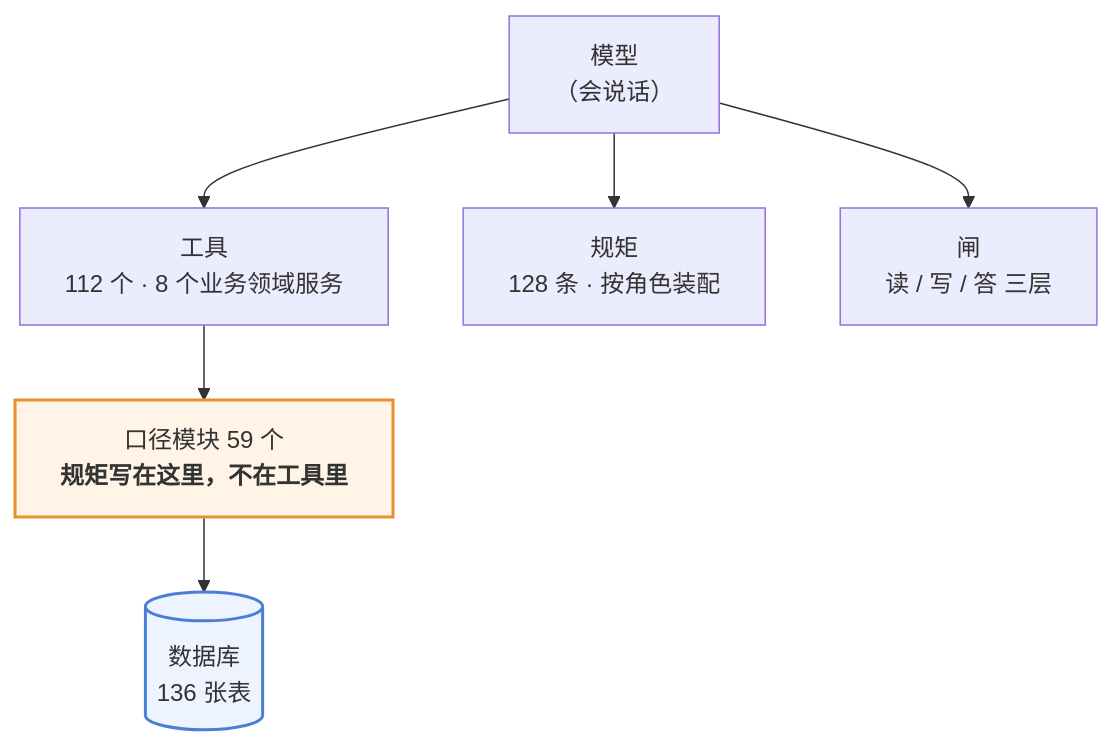
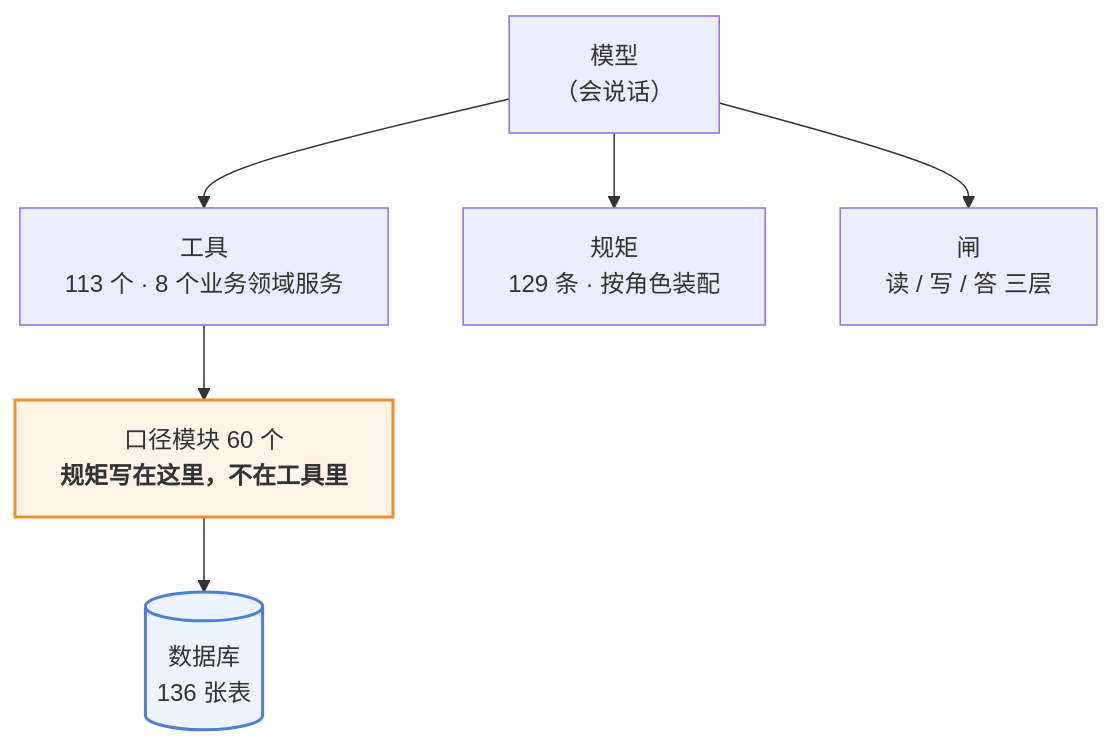
Before and after one commit to 843773296-rgb/lanxiu-yunshang-agent: the first of 3 diagrams in 澜绣云裳agent-产品说明.md, drawn with Mermaid. The commit also changed other lines of this file and 15 other files, not shown here.

````diff
--- a/澜绣云裳agent-产品说明.md
+++ b/澜绣云裳agent-产品说明.md
@@ -62,12 +62,12 @@
 ```mermaid
 flowchart TD
     M["模型<br/>（会说话）"]
-    M --> T["工具<br/>112 个 · 8 个业务领域服务"]
-    M --> R["规矩<br/>128 条 · 按角色装配"]
+    M --> T["工具<br/>113 个 · 8 个业务领域服务"]
+    M --> R["规矩<br/>129 条 · 按角色装配"]
     M --> G["闸<br/>读 / 写 / 答 三层"]
-    T --> K["口径模块 59 个<br/><b>规矩写在这里，不在工具里</b>"]
+    T --> K["口径模块 60 个<br/><b>规矩写在这里，不在工具里</b>"]
     K --> DB[("数据库<br/>136 张表")]
 
     style K fill:#fff4e6,stroke:#e8912d,stroke-width:2px
     style DB fill:#eef4ff,stroke:#4a7fd4,stroke-width:2px
 ```
````
